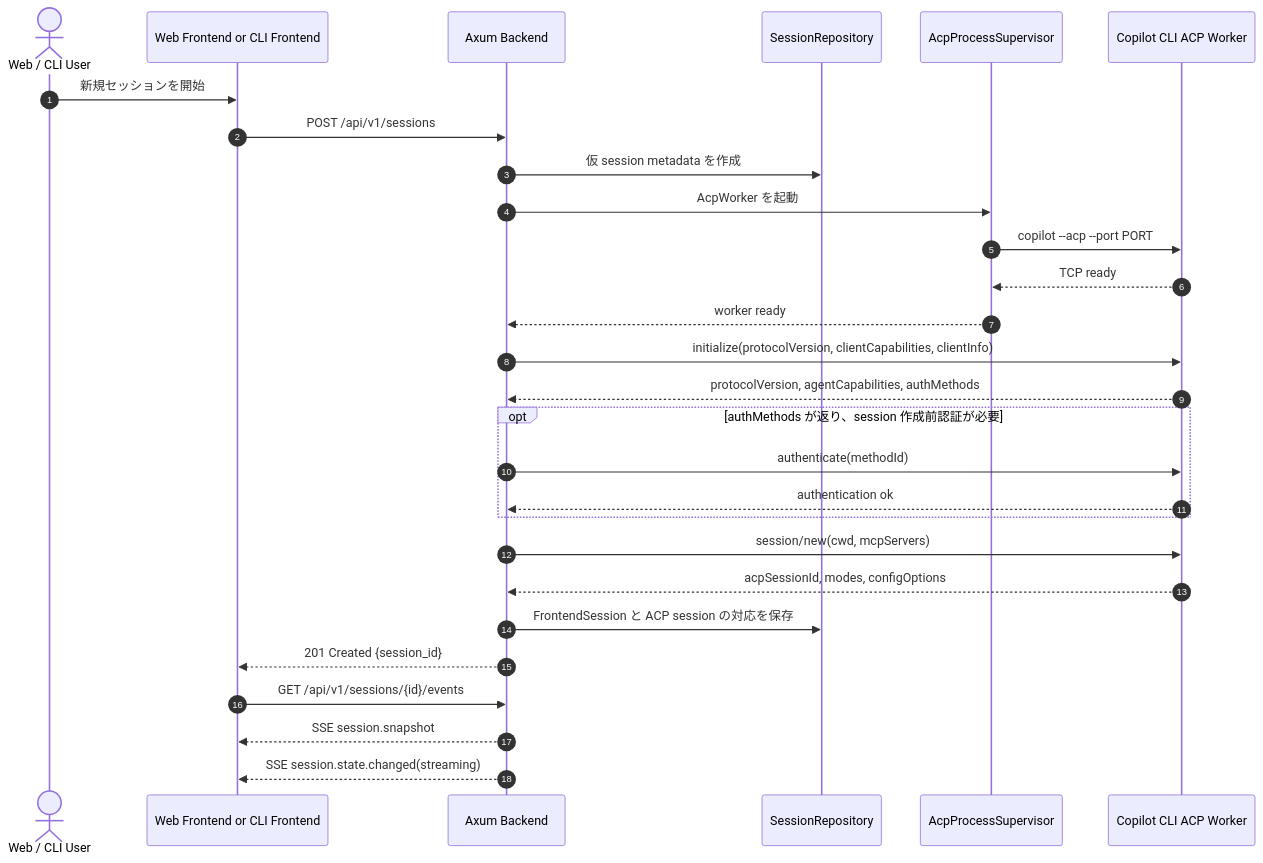
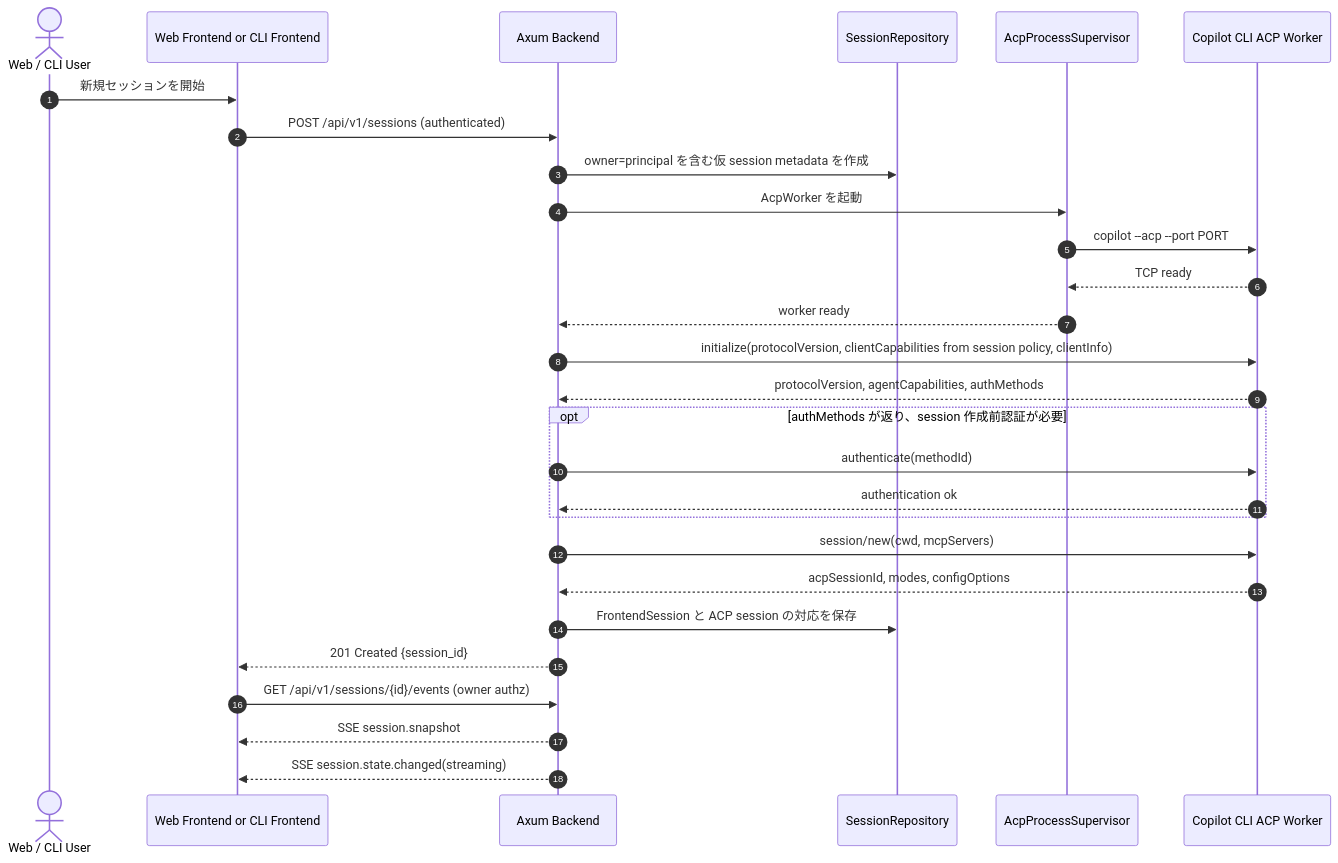
One commit to chalharu/copilot-sandbox-container changed the sixth of 12 diagrams in docs/explanation/acp-web-cli-architecture.md. Above: the diagram before and after it, drawn with Mermaid. The commit also changed other lines of this file, not shown here.

````diff
--- a/docs/explanation/acp-web-cli-architecture.md
+++ b/docs/explanation/acp-web-cli-architecture.md
@@ -349,33 +395,33 @@
 ```mermaid
 sequenceDiagram
     autonumber
     actor User as Web / CLI User
     participant Frontend as Web Frontend or CLI Frontend
     participant Backend as Axum Backend
     participant SessionRepo as SessionRepository
     participant Supervisor as AcpProcessSupervisor
     participant Worker as Copilot CLI ACP Worker
 
     User->>Frontend: 新規セッションを開始
-    Frontend->>Backend: POST /api/v1/sessions
-    Backend->>SessionRepo: 仮 session metadata を作成
+    Frontend->>Backend: POST /api/v1/sessions (authenticated)
+    Backend->>SessionRepo: owner=principal を含む仮 session metadata を作成
     Backend->>Supervisor: AcpWorker を起動
     Supervisor->>Worker: copilot --acp --port PORT
     Worker-->>Supervisor: TCP ready
     Supervisor-->>Backend: worker ready
-    Backend->>Worker: initialize(protocolVersion, clientCapabilities, clientInfo)
+    Backend->>Worker: initialize(protocolVersion, clientCapabilities from session policy, clientInfo)
     Worker-->>Backend: protocolVersion, agentCapabilities, authMethods
 
     opt authMethods が返り、session 作成前認証が必要
         Backend->>Worker: authenticate(methodId)
         Worker-->>Backend: authentication ok
     end
 
     Backend->>Worker: session/new(cwd, mcpServers)
     Worker-->>Backend: acpSessionId, modes, configOptions
     Backend->>SessionRepo: FrontendSession と ACP session の対応を保存
     Backend-->>Frontend: 201 Created {session_id}
-    Frontend->>Backend: GET /api/v1/sessions/{id}/events
+    Frontend->>Backend: GET /api/v1/sessions/{id}/events (owner authz)
     Backend-->>Frontend: SSE session.snapshot
     Backend-->>Frontend: SSE session.state.changed(streaming)
 ```
````
